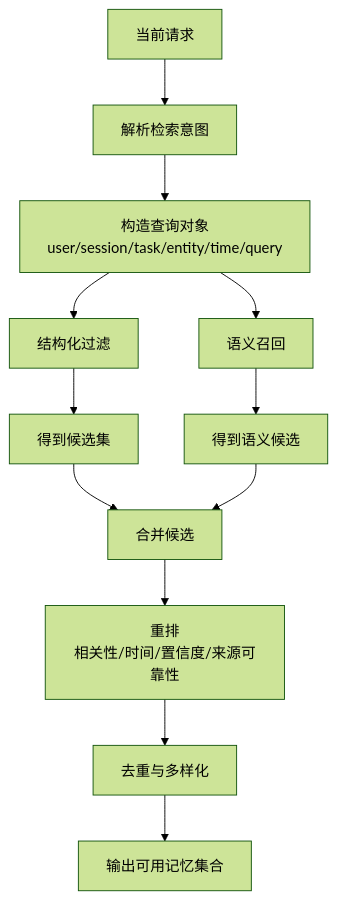
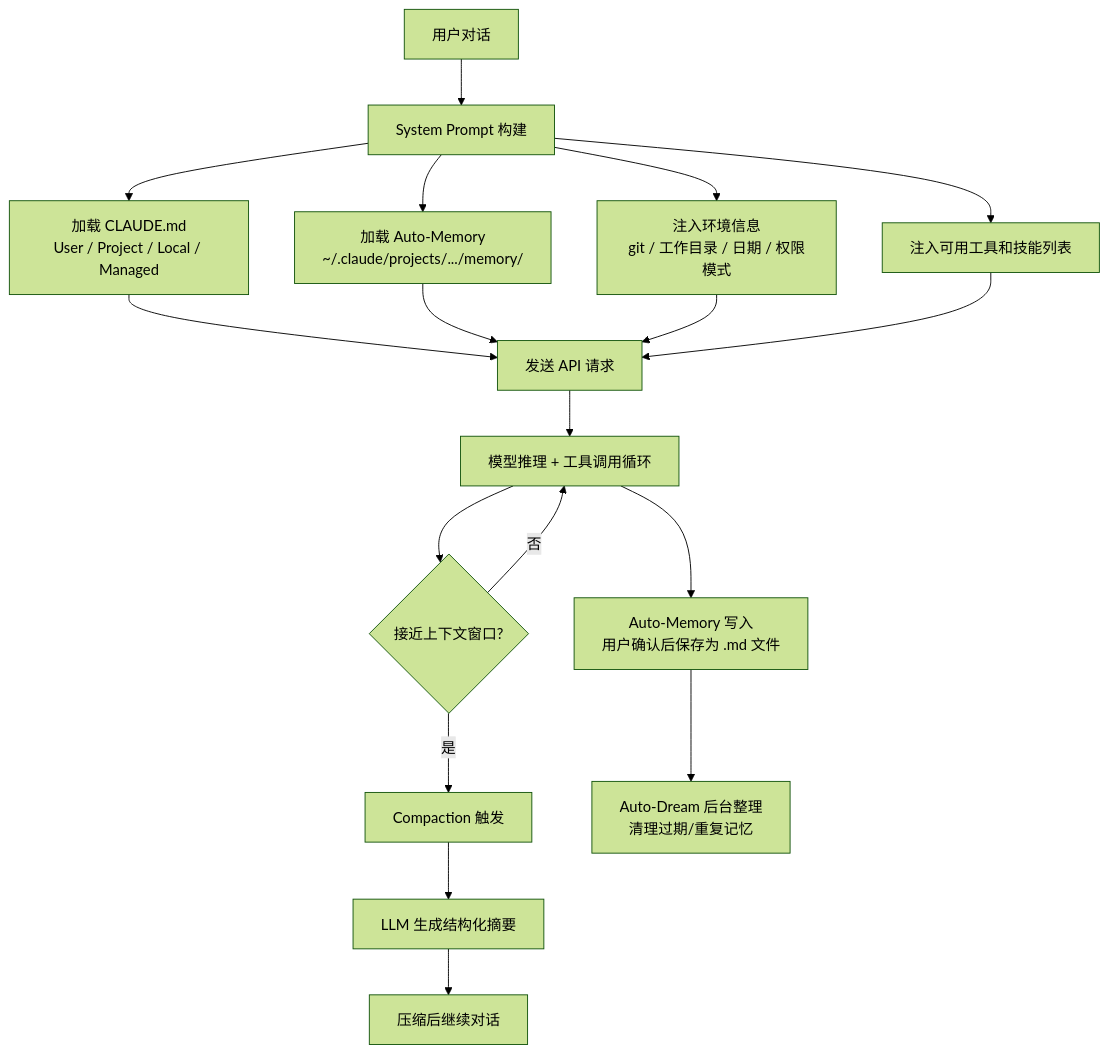
One commit to pofossette/guidebooks changed the first of 3 diagrams in docs/agent-dev/claude-code-learning/context-management-enhanced.md. Above: the diagram before and after it, drawn with Mermaid (forest theme). The commit also changed other lines of this file and 13 other files, not shown here.

````diff
--- a/docs/agent-dev/claude-code-learning/context-management-enhanced.md
+++ b/docs/agent-dev/claude-code-learning/context-management-enhanced.md
@@ -131,18 +9,23 @@
 ```mermaid
 flowchart TD
-    A[当前请求] --> B[解析检索意图]
-    B --> C[构造查询对象\nuser/session/task/entity/time/query]
+    A[用户对话] --> B[System Prompt 构建]
+    B --> B1[加载 CLAUDE.md<br/>User / Project / Local / Managed]
+    B --> B2[加载 Auto-Memory<br/>~/.claude/projects/.../memory/]
+    B --> B3[注入环境信息<br/>git / 工作目录 / 日期 / 权限模式]
+    B --> B4[注入可用工具和技能列表]
 
-    C --> D[结构化过滤]
-    D --> E[得到候选集]
+    B1 --> C[发送 API 请求]
+    B2 --> C
+    B3 --> C
+    B4 --> C
 
-    C --> F[语义召回]
-    F --> G[得到语义候选]
+    C --> D[模型推理 + 工具调用循环]
+    D --> E{接近上下文窗口?}
+    E -- 否 --> D
+    E -- 是 --> F[Compaction 触发]
+    F --> G[LLM 生成结构化摘要]
+    G --> H[压缩后继续对话]
 
-    E --> H[合并候选]
-    G --> H
-
-    H --> I[重排\n相关性/时间/置信度/来源可靠性]
-    I --> J[去重与多样化]
-    J --> K[输出可用记忆集合]
+    D --> I[Auto-Memory 写入<br/>用户确认后保存为 .md 文件]
+    I --> J[Auto-Dream 后台整理<br/>清理过期/重复记忆]
 ```
````
